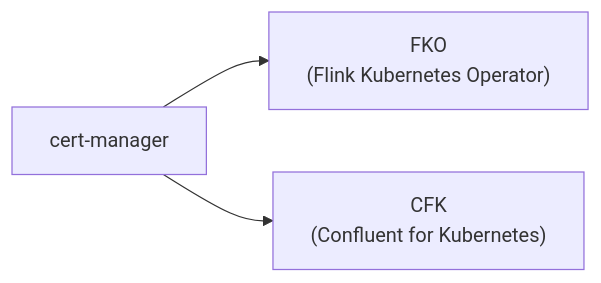
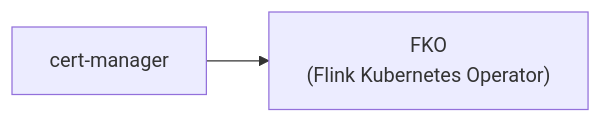
The second of 3 diagrams in README-PHASE-I.md (aadmassu/flink-on-k8s-with-cp), drawn with Mermaid before and after one commit. The commit also changed other lines of this file and 2 other files, not shown here.

````diff
--- a/README-PHASE-I.md
+++ b/README-PHASE-I.md
@@ -78,5 +78,4 @@
 ```mermaid
 flowchart LR
     A["cert-manager"] --> B["FKO<br>(Flink Kubernetes Operator)"]
-    A --> C["CFK<br>(Confluent for Kubernetes)"]
 ```
````
